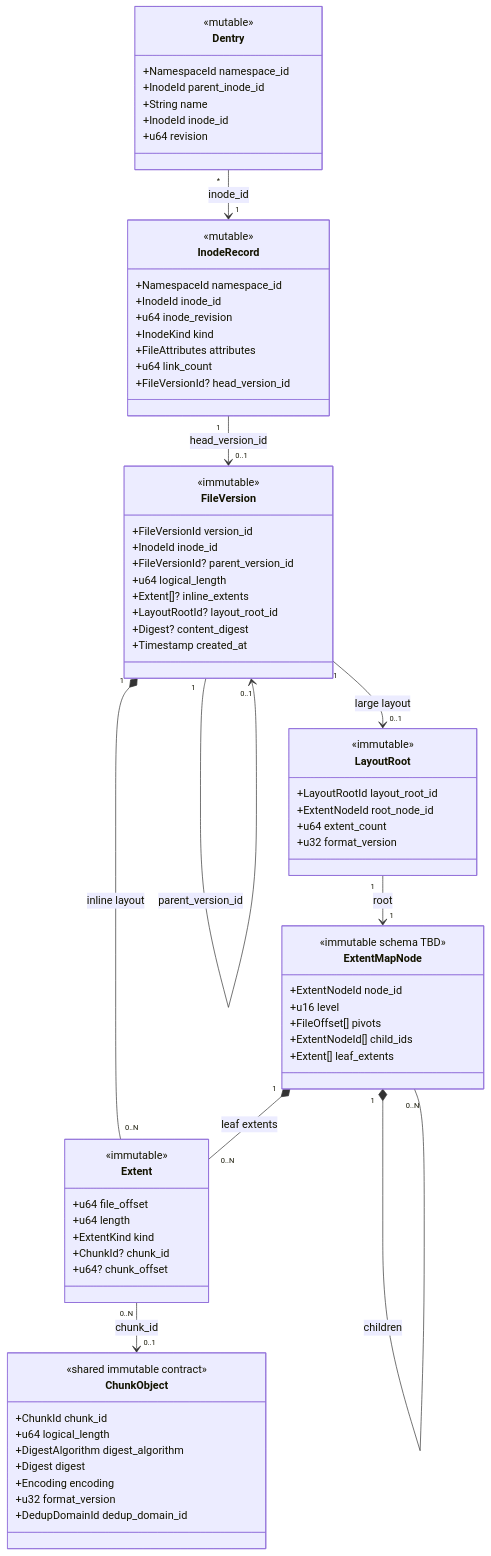
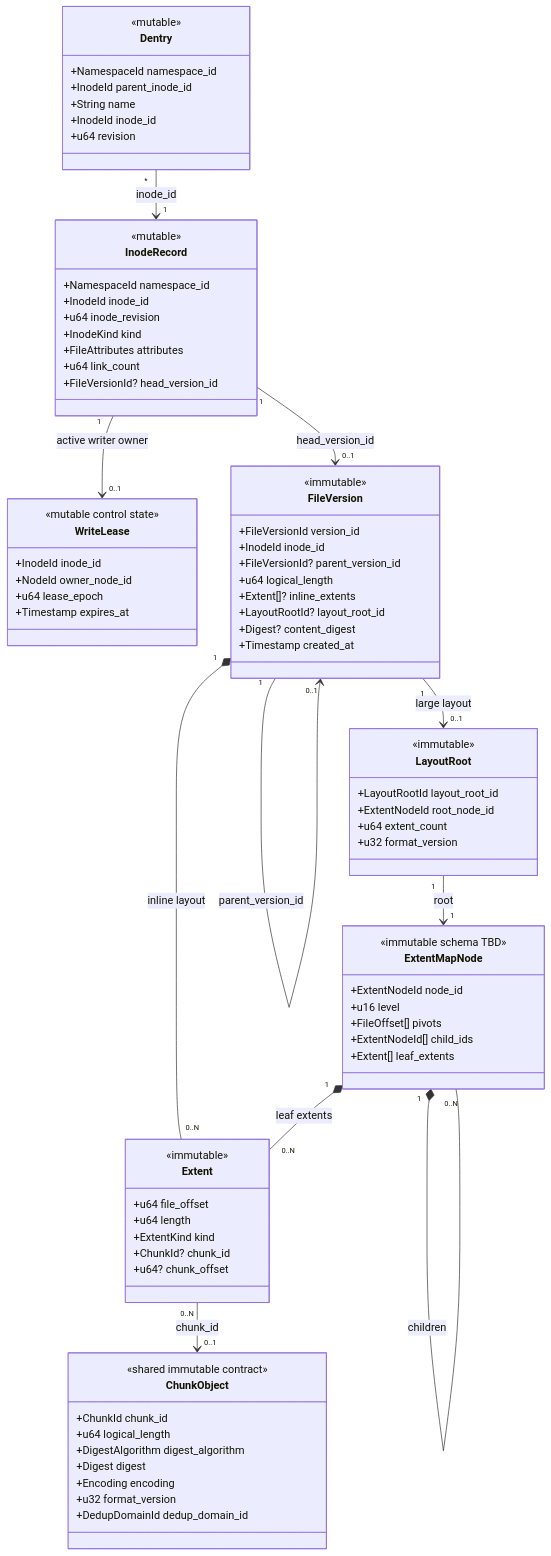
Before and after one commit to lelezi257/dms: the second of 5 diagrams in docs/architecture/01-file-version-chunk-model.md, drawn with Mermaid. The commit also changed other lines of this file and 15 other files, not shown here.

```diff
--- a/docs/architecture/01-file-version-chunk-model.md
+++ b/docs/architecture/01-file-version-chunk-model.md
@@ -260,6 +285,14 @@
   +FileAttributes attributes
   +u64 link_count
   +FileVersionId? head_version_id
+}
+
+class WriteLease {
+  <<mutable control state>>
+  +InodeId inode_id
+  +NodeId owner_node_id
+  +u64 lease_epoch
+  +Timestamp expires_at
 }
 
 class FileVersion {
@@ -313,6 +346,7 @@
 
 Dentry "*" --> "1" InodeRecord : inode_id
 InodeRecord "1" --> "0..1" FileVersion : head_version_id
+InodeRecord "1" --> "0..1" WriteLease : active writer owner
 FileVersion "1" --> "0..1" FileVersion : parent_version_id
 FileVersion "1" *-- "0..N" Extent : inline layout
 FileVersion "1" --> "0..1" LayoutRoot : large layout
```
